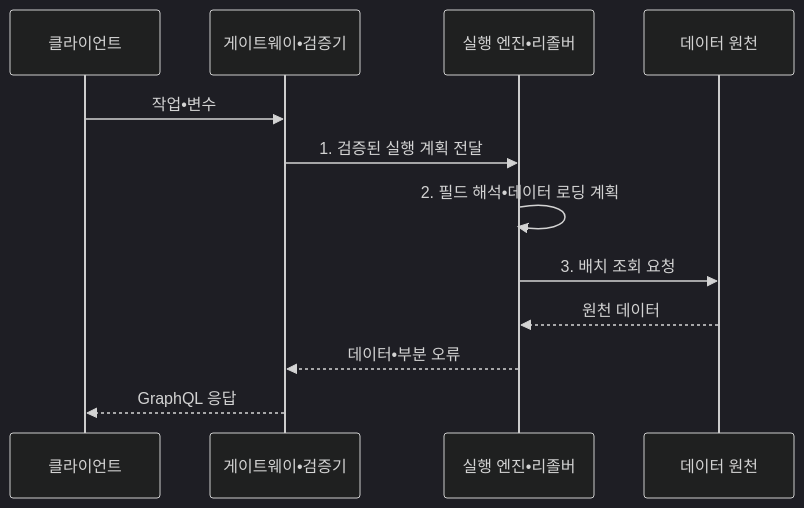
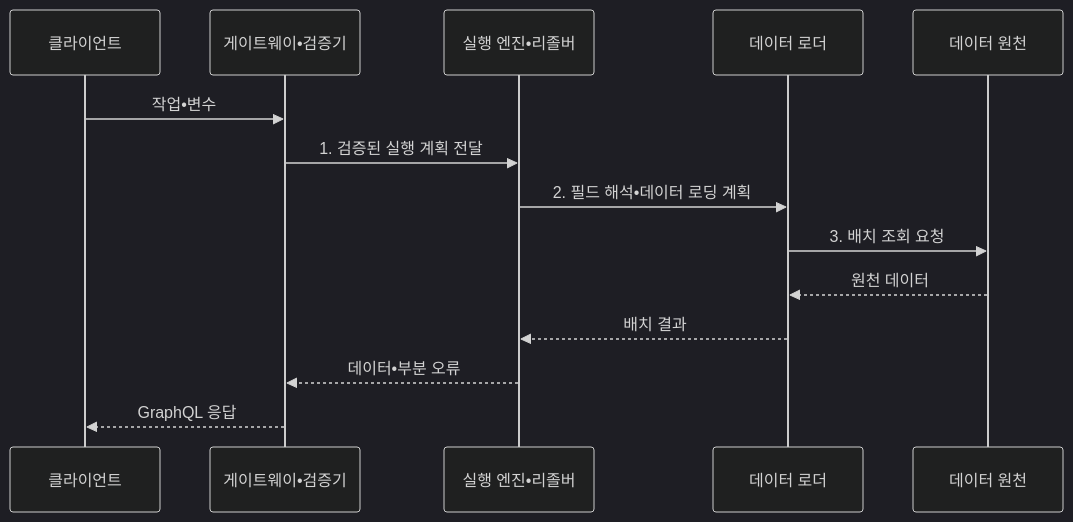
One commit to agnusdei1207/knowledge-base changed the second of 2 diagrams in src/content/docs/notes/03-software/172_graphql.md. Above: the diagram before and after it, drawn with Mermaid (dark theme). The commit also changed other lines of this file and 8 other files, not shown here.

````diff
--- a/src/content/docs/notes/03-software/172_graphql.md
+++ b/src/content/docs/notes/03-software/172_graphql.md
@@ -110,14 +110,16 @@
 ```mermaid
 sequenceDiagram
     participant C as 클라이언트
     participant G as 게이트웨이•검증기
     participant E as 실행 엔진•리졸버
+    participant L as 데이터 로더
     participant D as 데이터 원천
     C->>G: 작업•변수
     G->>E: 1. 검증된 실행 계획 전달
-    E->>E: 2. 필드 해석•데이터 로딩 계획
-    E->>D: 3. 배치 조회 요청
-    D-->>E: 원천 데이터
+    E->>L: 2. 필드 해석•데이터 로딩 계획
+    L->>D: 3. 배치 조회 요청
+    D-->>L: 원천 데이터
+    L-->>E: 배치 결과
     E-->>G: 데이터•부분 오류
     G-->>C: GraphQL 응답
 ```
````
